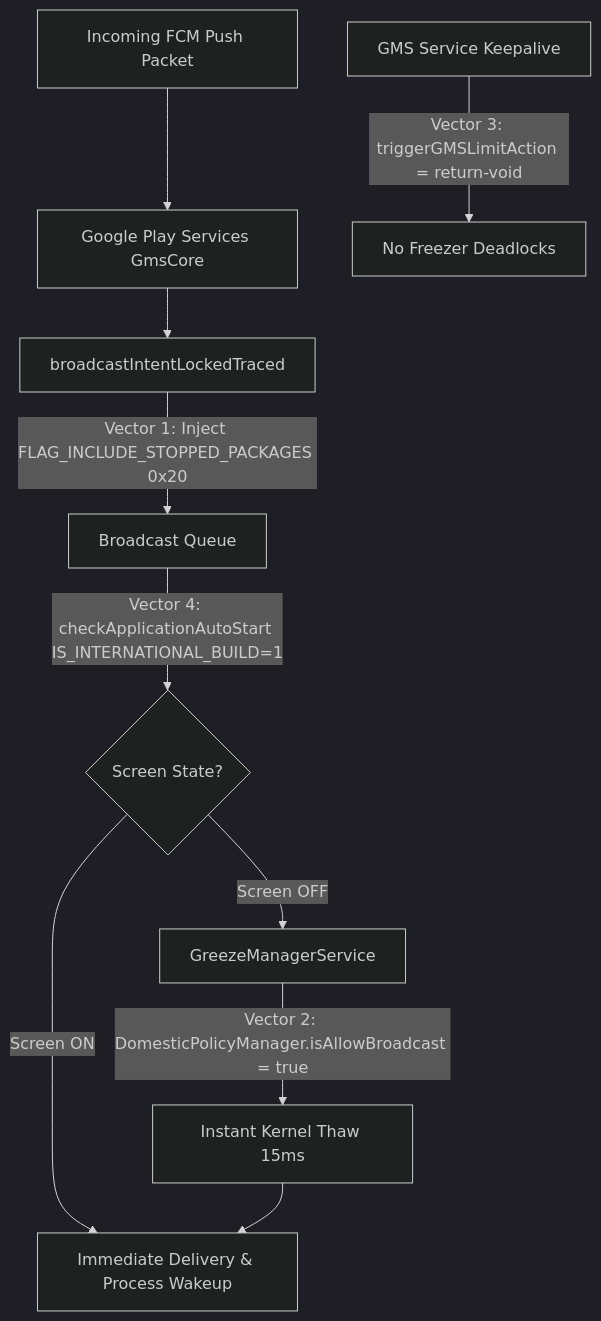
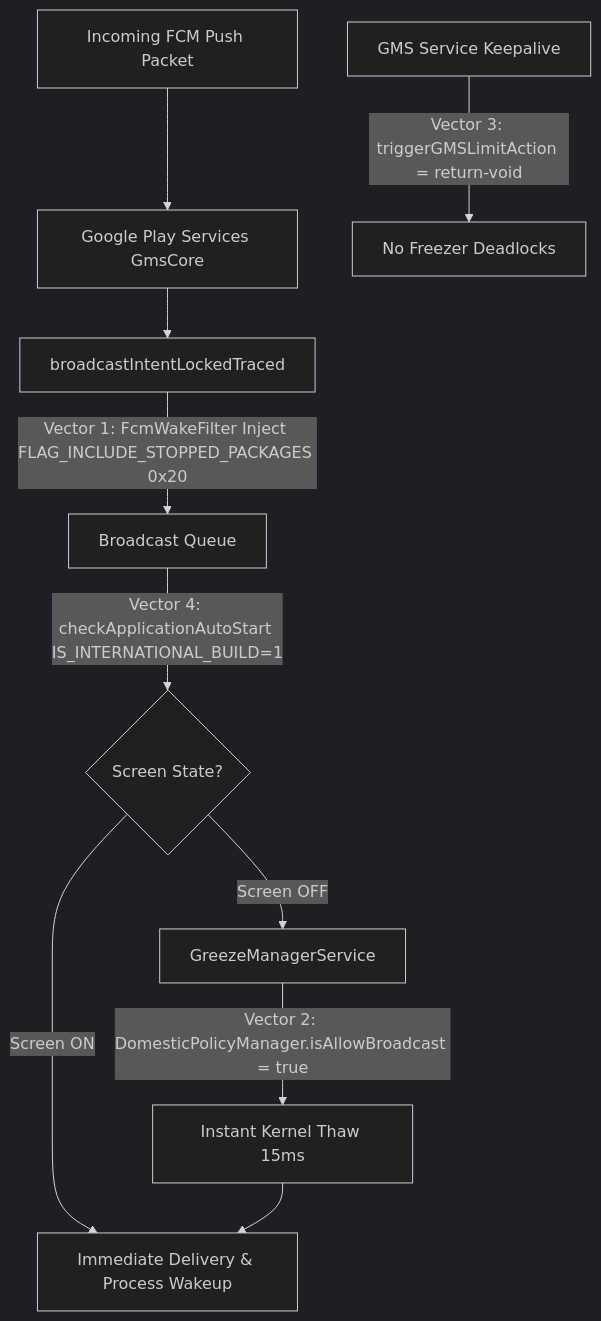
Before and after one commit to biplobsd/fcm_notification_fix: the diagram in README.md, drawn with Mermaid (dark theme). The commit also changed other lines of this file and 12 other files, not shown here.

Commit message:
feat: refactor FCM patcher to use dynamic FcmWakeFilter hook instead of hardcoded flags

````diff
--- a/README.md
+++ b/README.md
@@ -42,12 +69,12 @@
 ```mermaid
 flowchart TD
     A[Incoming FCM Push Packet] --> B[Google Play Services GmsCore]
     B --> C[broadcastIntentLockedTraced]
-    C -->|Vector 1: Inject FLAG_INCLUDE_STOPPED_PACKAGES 0x20| D[Broadcast Queue]
+    C -->|Vector 1: FcmWakeFilter Inject FLAG_INCLUDE_STOPPED_PACKAGES 0x20| D[Broadcast Queue]
     D -->|Vector 4: checkApplicationAutoStart IS_INTERNATIONAL_BUILD=1| E{Screen State?}
     E -->|Screen ON| F[Immediate Delivery & Process Wakeup]
     E -->|Screen OFF| G[GreezeManagerService]
     G -->|Vector 2: DomesticPolicyManager.isAllowBroadcast = true| H[Instant Kernel Thaw 15ms]
     H --> F
     I[GMS Service Keepalive] -->|Vector 3: triggerGMSLimitAction = return-void| J[No Freezer Deadlocks]
 ```
````
